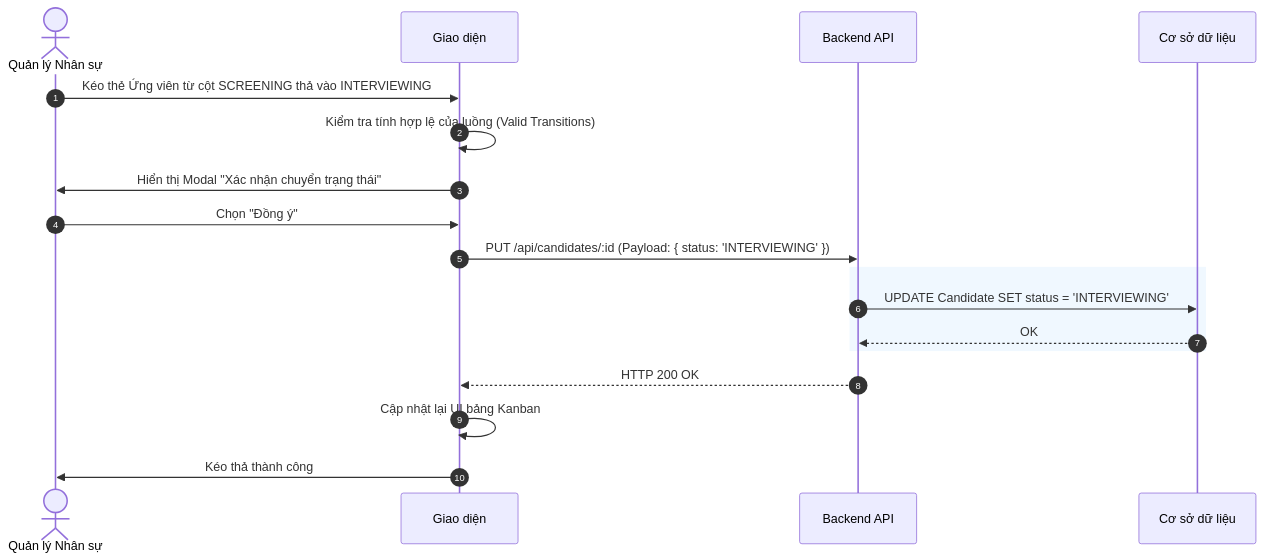
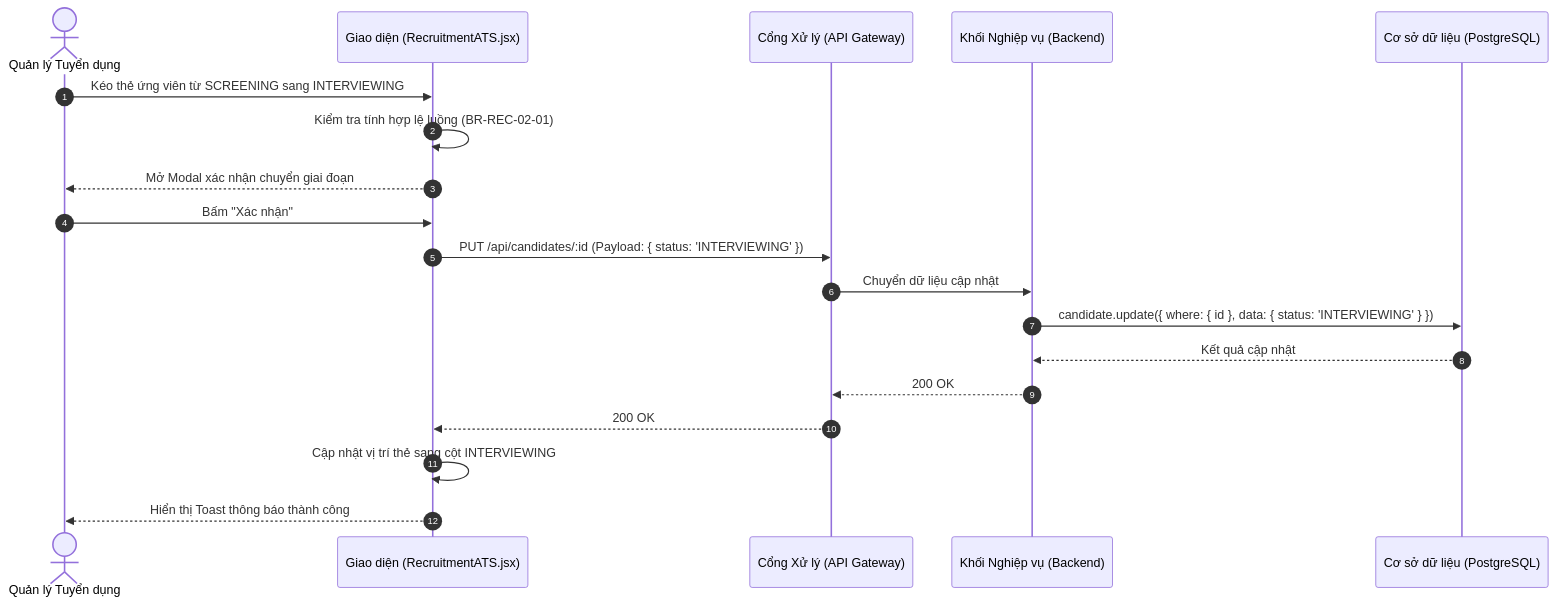
Before and after one commit to aye2710/HRM-DATN: the sixth of 7 diagrams in docs/Tài liệu phân tích nghiệp vụ từng module/Module Tuyển dụng/Chuc-nang-Quan-ly-ATS.md, drawn with Mermaid. The commit also changed other lines of this file and 27 other files, not shown here.

````diff
--- a/docs/Tài liệu phân tích nghiệp vụ từng module/Module Tuyển dụng/Chuc-nang-Quan-ly-ATS.md
+++ b/docs/Tài liệu phân tích nghiệp vụ từng module/Module Tuyển dụng/Chuc-nang-Quan-ly-ATS.md
@@ -39,24 +243,23 @@
 ```mermaid
 sequenceDiagram
     autonumber
-    actor HR as Quản lý Nhân sự
-    participant FE as Giao diện
-    participant BE as Backend API
-    participant DB as Cơ sở dữ liệu
+    actor HR as Quản lý Tuyển dụng
+    participant FE as Giao diện (RecruitmentATS.jsx)
+    participant API as Cổng Xử lý (API Gateway)
+    participant BE as Khối Nghiệp vụ (Backend)
+    participant DB as Cơ sở dữ liệu (PostgreSQL)
 
-    HR->>FE: Kéo thẻ Ứng viên từ cột SCREENING thả vào INTERVIEWING
-    FE->>FE: Kiểm tra tính hợp lệ của luồng (Valid Transitions)
-    FE->>HR: Hiển thị Modal "Xác nhận chuyển trạng thái"
-    HR->>FE: Chọn "Đồng ý"
+    HR->>FE: Kéo thẻ ứng viên từ SCREENING sang INTERVIEWING
+    FE->>FE: Kiểm tra tính hợp lệ luồng (BR-REC-02-01)
+    FE-->>HR: Mở Modal xác nhận chuyển giai đoạn
+    HR->>FE: Bấm "Xác nhận"
     
-    FE->>BE: PUT /api/candidates/:id (Payload: { status: 'INTERVIEWING' })
-    
-    rect rgb(240, 248, 255)
-        BE->>DB: UPDATE Candidate SET status = 'INTERVIEWING'
-        DB-->>BE: OK
-    end
-    
-    BE-->>FE: HTTP 200 OK
-    FE->>FE: Cập nhật lại UI bảng Kanban
-    FE->>HR: Kéo thả thành công
+    FE->>API: PUT /api/candidates/:id (Payload: { status: 'INTERVIEWING' })
+    API->>BE: Chuyển dữ liệu cập nhật
+    BE->>DB: candidate.update({ where: { id }, data: { status: 'INTERVIEWING' } })
+    DB-->>BE: Kết quả cập nhật
+    BE-->>API: 200 OK
+    API-->>FE: 200 OK
+    FE->>FE: Cập nhật vị trí thẻ sang cột INTERVIEWING
+    FE-->>HR: Hiển thị Toast thông báo thành công
 ```
````
